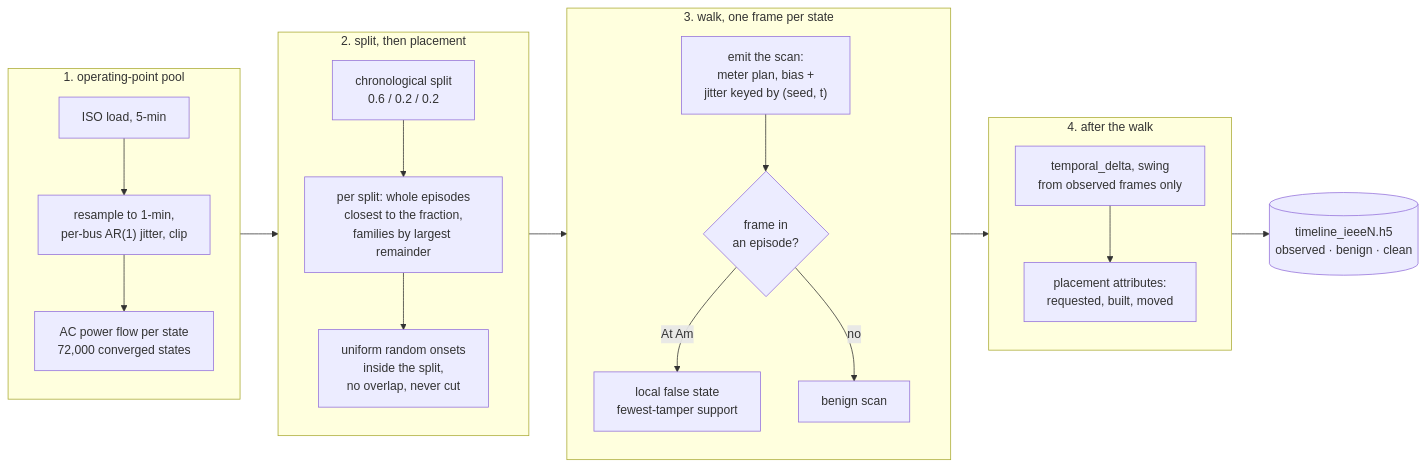
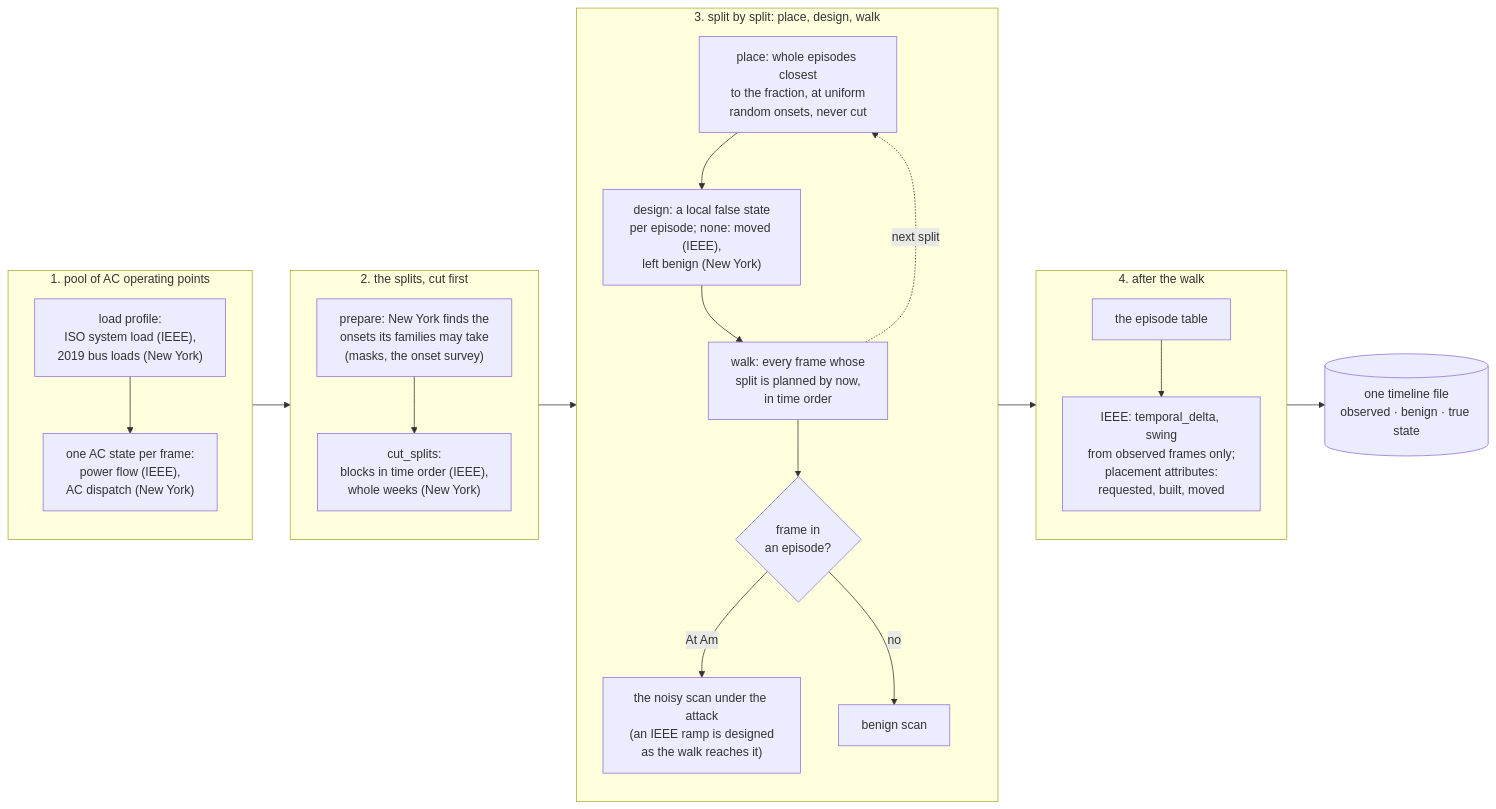
The diagram in docs/figures/diagrams/generation_flow.mmd (myersben9/fdia-graph), drawn with Mermaid before and after one commit. The commit also changed 57 other files, not shown here.

Commit message:
One path generates a timeline: TimelineSource.generate for the IEEE cases and New York (#246)

```diff
--- a/docs/figures/diagrams/generation_flow.mmd
+++ b/docs/figures/diagrams/generation_flow.mmd
@@ -1,19 +1,20 @@
 flowchart LR
-    subgraph pool["1. operating-point pool"]
-        p1["ISO load, 5-min"] --> p2["resample to 1-min,<br/>per-bus AR(1) jitter, clip"]
-        p2 --> p3["AC power flow per state<br/>72,000 converged states"]
+    subgraph pool["1. pool of AC operating points"]
+        p1["load profile:<br/>ISO system load (IEEE),<br/>2019 bus loads (New York)"] --> p3["one AC state per frame:<br/>power flow (IEEE),<br/>AC dispatch (New York)"]
     end
-    subgraph plan["2. split, then placement"]
-        s0["chronological split<br/>0.6 / 0.2 / 0.2"] --> s1["per split: whole episodes<br/>closest to the fraction,<br/>families by largest remainder"]
-        s1 --> s2["uniform random onsets<br/>inside the split,<br/>no overlap, never cut"]
+    subgraph plan["2. the splits, cut first"]
+        s0["prepare: New York finds the<br/>onsets its families may take<br/>(masks, the onset survey)"] --> s1["cut_splits:<br/>blocks in time order (IEEE),<br/>whole weeks (New York)"]
     end
-    subgraph walk["3. walk, one frame per state"]
-        w1["emit the scan:<br/>meter plan, bias +<br/>jitter keyed by (seed, t)"] --> w2{"frame in<br/>an episode?"}
-        w2 -- "At Am" --> w3["local false state<br/>fewest-tamper support"]
+    subgraph loop["3. split by split: place, design, walk"]
+        l1["place: whole episodes closest<br/>to the fraction, at uniform<br/>random onsets, never cut"] --> l2["design: a local false state<br/>per episode; none: moved (IEEE),<br/>left benign (New York)"]
+        l2 --> l3["walk: every frame whose<br/>split is planned by now,<br/>in time order"]
+        l3 --> w2{"frame in<br/>an episode?"}
+        w2 -- "At Am" --> w3["the noisy scan under the attack<br/>(an IEEE ramp is designed<br/>as the walk reaches it)"]
         w2 -- no --> w5[benign scan]
+        l3 -. "next split" .-> l1
     end
     subgraph after["4. after the walk"]
-        a1["temporal_delta, swing<br/>from observed frames only"] --> a2["placement attributes:<br/>requested, built, moved"]
+        a1["the episode table"] --> a2["IEEE: temporal_delta, swing<br/>from observed frames only;<br/>placement attributes:<br/>requested, built, moved"]
     end
-    pool --> plan --> walk --> after
-    after --> f[("timeline_ieeeN.h5<br/>observed · benign · clean")]
+    pool --> plan --> loop --> after
+    after --> f[("one timeline file<br/>observed · benign · true state")]
```
